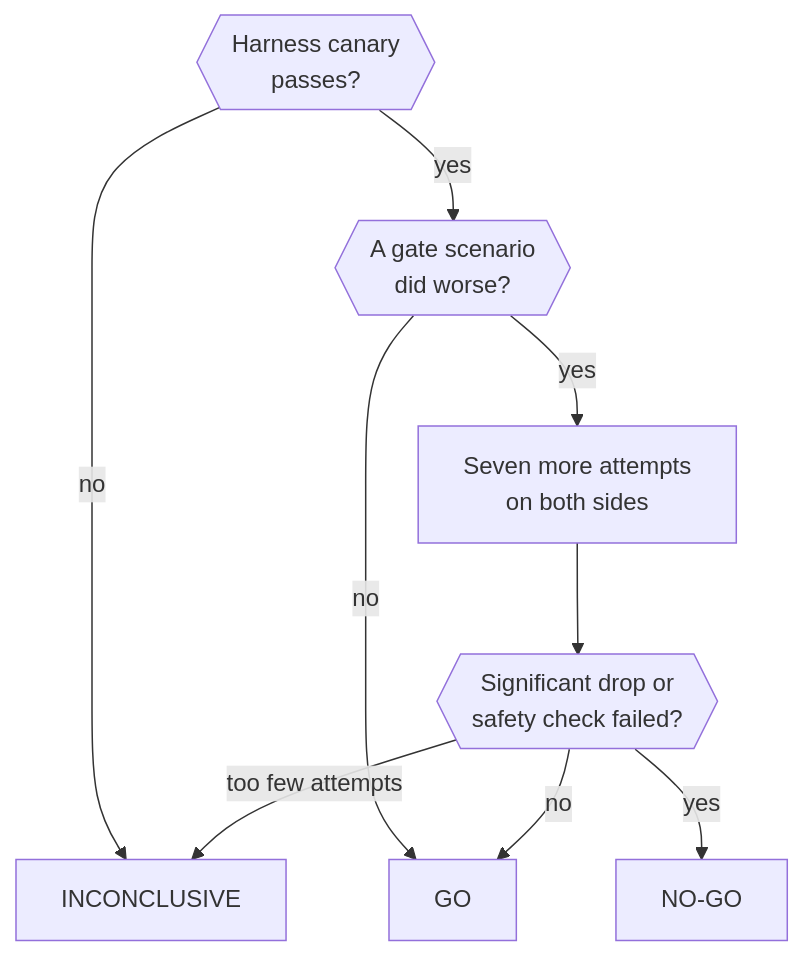
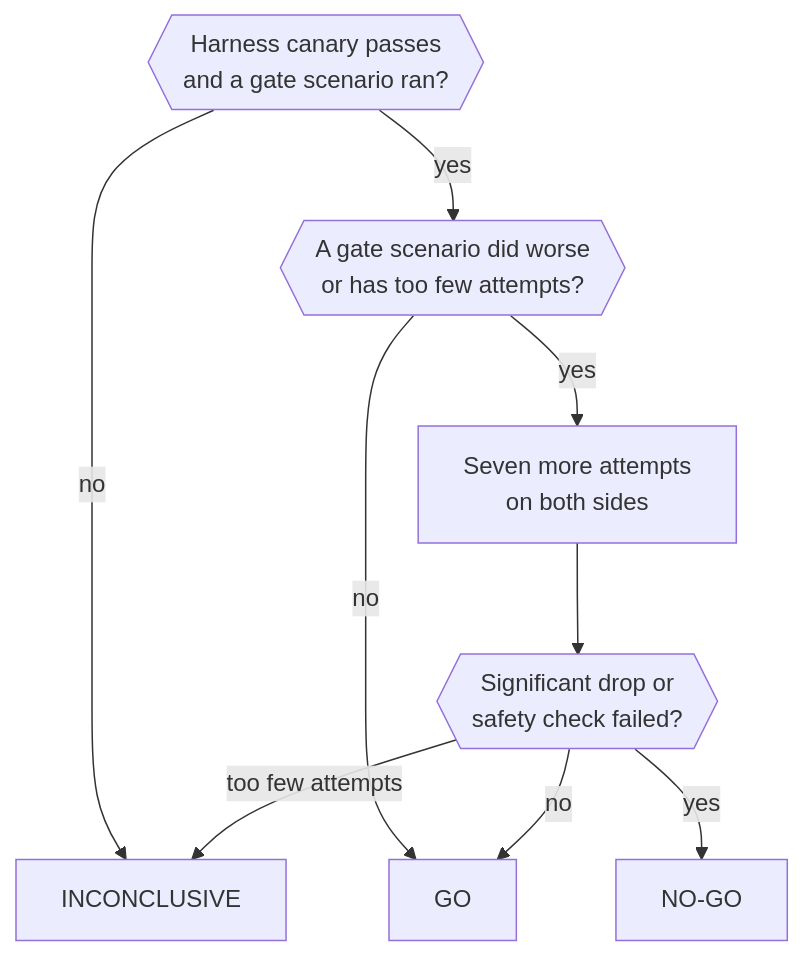
Before and after one commit to n8n-io/nod: the second of 2 diagrams in docs/src/content/docs/contribute/evals.mdx, drawn with Mermaid. The commit also changed other lines of this file and 42 other files, not shown here.

````diff
--- a/docs/src/content/docs/contribute/evals.mdx
+++ b/docs/src/content/docs/contribute/evals.mdx
@@ -112,11 +114,11 @@
 ```mermaid
 flowchart TD
-  canary{{Harness canary<br/>passes?}} -- no --> inc[INCONCLUSIVE]:::muted
-  canary -- yes --> worse{{A gate scenario<br/>did worse?}}
+  canary{{Harness canary passes<br/>and a gate scenario ran?}} -- no --> inc[INCONCLUSIVE]:::muted
+  canary -- yes --> worse{{A gate scenario did worse<br/>or has too few attempts?}}
   worse -- no --> go[GO]:::go
   worse -- yes --> more[Seven more attempts<br/>on both sides]
   more --> drop{{Significant drop or<br/>safety check failed?}}
   drop -- yes --> nogo[NO-GO]:::stop
   drop -- no --> go
   drop -- too few attempts --> inc
 ```
````
